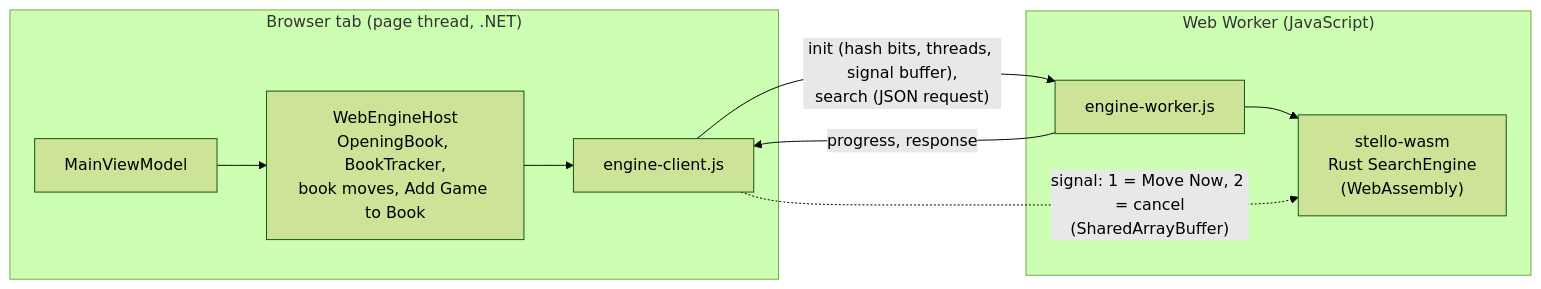
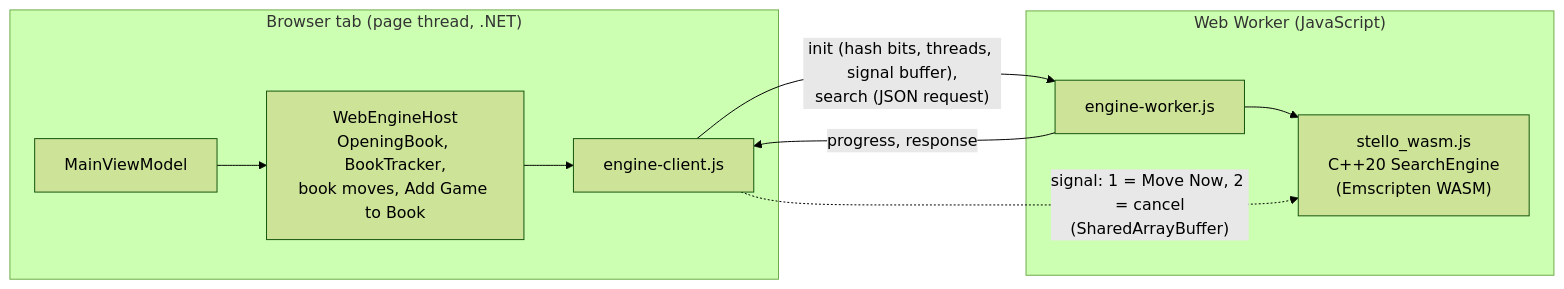
One commit to cjp-dev/Stello changed the third of 6 diagrams in docs/14-app-integration.md. Above: the diagram before and after it, drawn with Mermaid (forest theme). The commit also changed other lines of this file and 64 other files, not shown here.

````diff
--- a/docs/14-app-integration.md
+++ b/docs/14-app-integration.md
@@ -208,13 +206,13 @@
 ```mermaid
 flowchart LR
     subgraph Page["Browser tab (page thread, .NET)"]
         VM["MainViewModel"] --> Host["WebEngineHost<br/>OpeningBook, BookTracker,<br/>book moves, Add Game to Book"]
         Host --> Client["engine-client.js"]
     end
     subgraph Worker["Web Worker (JavaScript)"]
-        W["engine-worker.js"] --> R["stello-wasm<br/>Rust SearchEngine<br/>(WebAssembly)"]
+        W["engine-worker.js"] --> C["stello_wasm.js<br/>C++20 SearchEngine<br/>(Emscripten WASM)"]
     end
     Client -- "init (hash bits, threads, signal buffer),<br/>search (JSON request)" --> W
     W -- "progress, response" --> Client
-    Client -. "signal: 1 = Move Now, 2 = cancel<br/>(SharedArrayBuffer)" .-> R
+    Client -. "signal: 1 = Move Now, 2 = cancel<br/>(SharedArrayBuffer)" .-> C
 ```
````
